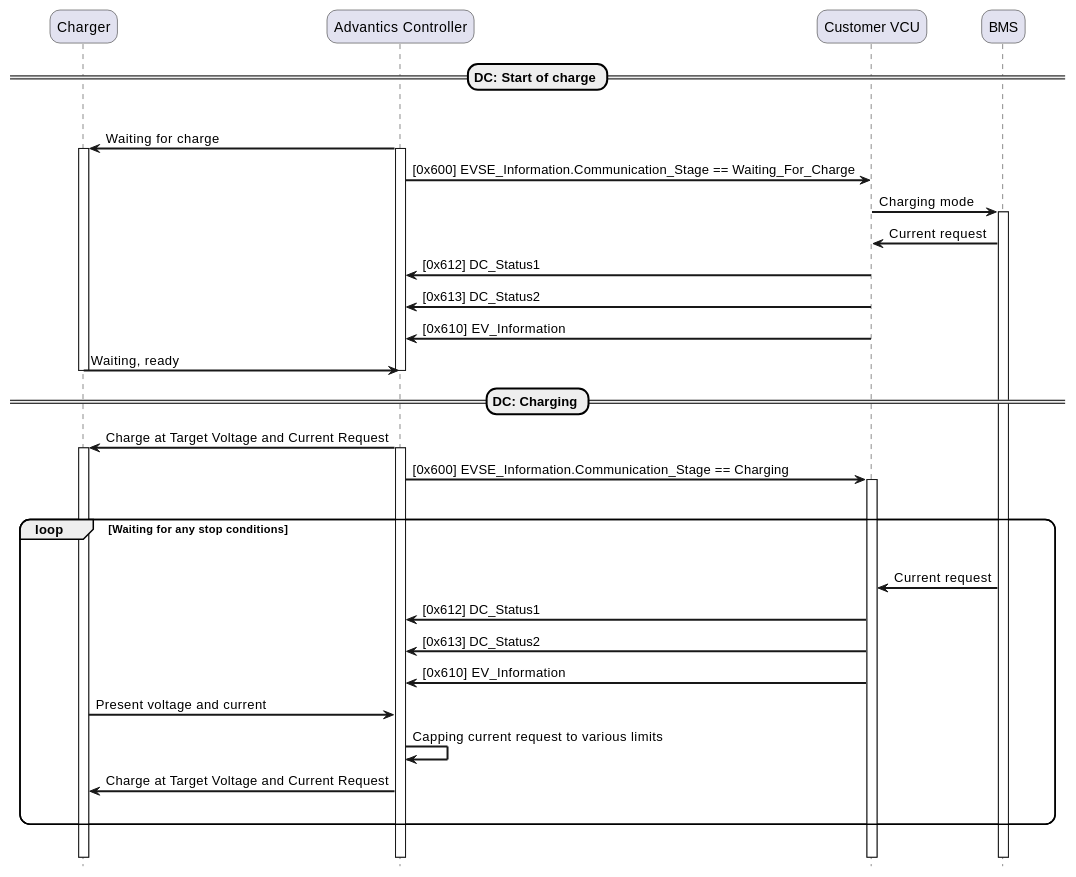
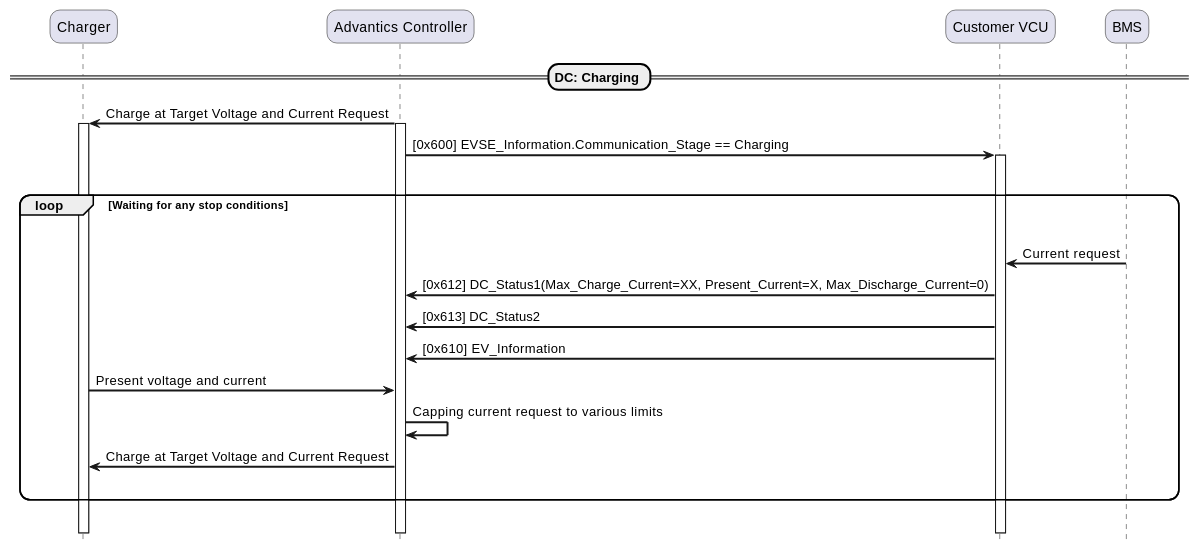
Before and after one commit to ADVANTICS/documentation: the eighth of 10 diagrams in charge-controllers/evcc_generic/sequences_v2.md, drawn with PlantUML. The commit also changed other lines of this file and 13 other files, not shown here.

````diff
--- a/charge-controllers/evcc_generic/sequences_v2.md
+++ b/charge-controllers/evcc_generic/sequences_v2.md
@@ -570,52 +610,35 @@
 ```plantuml
 @startuml
 hide footbox
 skinparam ParticipantPadding 20
 skinparam sequenceArrowThickness 2
 skinparam roundcorner 20
 
 participant "Charger" as EVSE
 participant "Advantics Controller" as EVCC
 participant "Customer VCU" as VCU
 participant "BMS" as BMS
-
-== DC: Start of charge ==
-|||
-
-EVCC -> EVSE: Waiting for charge
-activate EVSE
-activate EVCC
-EVCC -> VCU: [0x600] EVSE_Information.Communication_Stage == Waiting_For_Charge
-VCU -> BMS: Charging mode
-activate BMS
-BMS -> VCU: Current request
-VCU -> EVCC: [0x612] DC_Status1
-VCU -> EVCC: [0x613] DC_Status2
-VCU -> EVCC: [0x610] EV_Information
-EVSE -> EVCC: Waiting, ready
-deactivate EVCC
-deactivate EVSE
 
 == DC: Charging ==
 
 EVCC -> EVSE: Charge at Target Voltage and Current Request
 activate EVCC
 activate EVSE
 EVCC -> VCU: [0x600] EVSE_Information.Communication_Stage == Charging
 activate VCU
 
 |||
 loop Waiting for any stop conditions
   |||
   BMS -> VCU: Current request
-  VCU -> EVCC: [0x612] DC_Status1
+  VCU -> EVCC: [0x612] DC_Status1(Max_Charge_Current=XX, Present_Current=X, Max_Discharge_Current=0)
   VCU -> EVCC: [0x613] DC_Status2
   VCU -> EVCC: [0x610] EV_Information
   EVSE -> EVCC: Present voltage and current
   EVCC -> EVCC: Capping current request to various limits
   EVCC -> EVSE: Charge at Target Voltage and Current Request
   |||
 end loop
 |||
 @enduml
 ```
````
